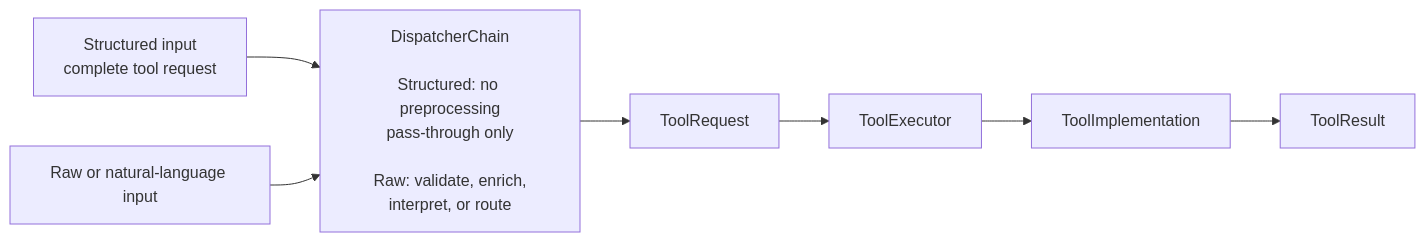
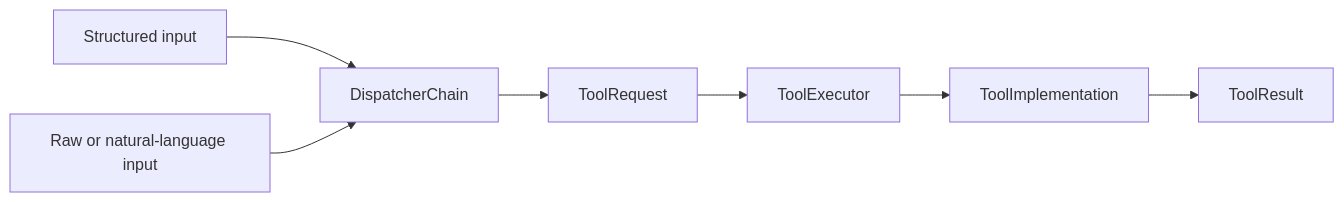
The diagram in README.md (folk21/run21ai), drawn with Mermaid before and after one commit. The commit also changed other lines of this file and 67 other files, not shown here.

````diff
--- a/README.md
+++ b/README.md
@@ -27,12 +13,9 @@
 ```mermaid
 flowchart LR
-    S["Structured input<br/>complete tool request"] --> D
+    S["Structured input"] --> D["DispatcherChain"]
     R["Raw or natural-language input"] --> D
-
-    D["DispatcherChain<br/><br/>Structured: no preprocessing<br/>pass-through only<br/><br/>Raw: validate, enrich,<br/>interpret, or route"]
-
     D --> Q["ToolRequest"]
     Q --> E["ToolExecutor"]
     E --> I["ToolImplementation"]
     I --> O["ToolResult"]
 ```
````
